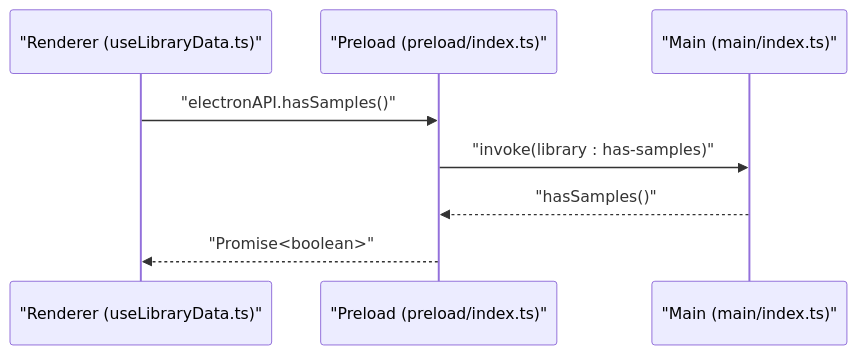
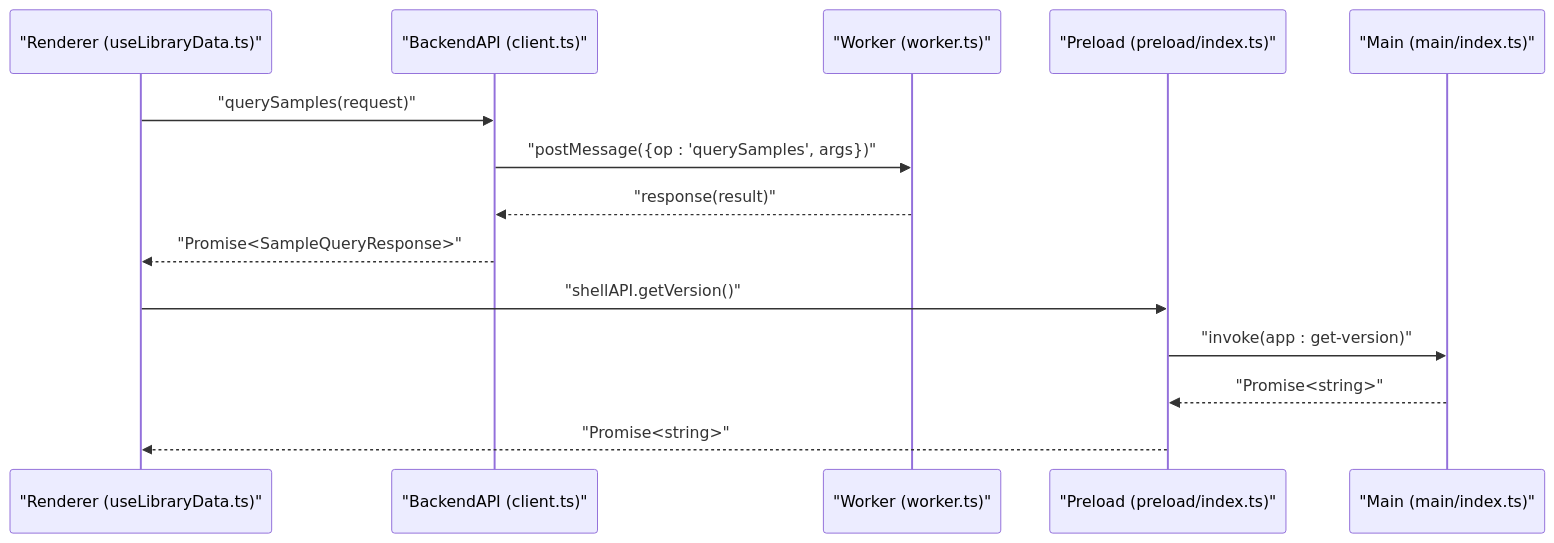
The second of 8 diagrams in .qoder/repowiki/en/content/IPC Communication.md (satyrlord/mixjam-electron), drawn with Mermaid before and after one commit. The commit also changed other lines of this file and 51 other files, not shown here.

````diff
--- a/.qoder/repowiki/en/content/IPC Communication.md
+++ b/.qoder/repowiki/en/content/IPC Communication.md
@@ -111,10 +107,16 @@
 ```mermaid
 sequenceDiagram
 participant R as "Renderer (useLibraryData.ts)"
+participant B as "BackendAPI (client.ts)"
+participant W as "Worker (worker.ts)"
 participant P as "Preload (preload/index.ts)"
 participant M as "Main (main/index.ts)"
-R->>P : "electronAPI.hasSamples()"
-P->>M : "invoke(library : has-samples)"
-M-->>P : "hasSamples()"
-P-->>R : "Promise<boolean>"
+R->>B : "querySamples(request)"
+B->>W : "postMessage({op : 'querySamples', args})"
+W-->>B : "response(result)"
+B-->>R : "Promise<SampleQueryResponse>"
+R->>P : "shellAPI.getVersion()"
+P->>M : "invoke(app : get-version)"
+M-->>P : "Promise<string>"
+P-->>R : "Promise<string>"
 ```
````
